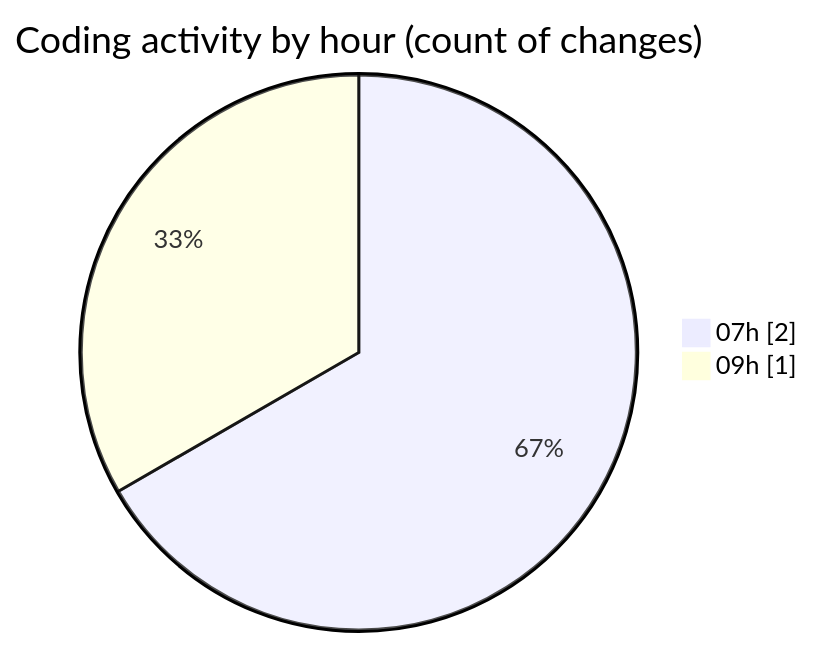
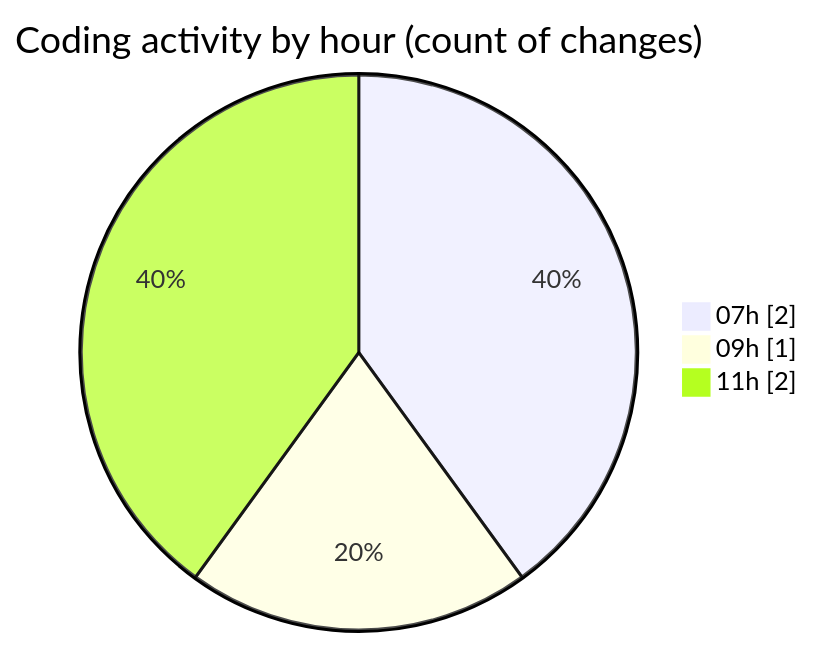
The second of 2 diagrams in 2025-02-24/konsole/README.md (charlie-sans/code-tracking), drawn with Mermaid before and after one commit. The commit also changed other lines of this file and 1 other file, not shown here.

````diff
--- a/2025-02-24/konsole/README.md
+++ b/2025-02-24/konsole/README.md
@@ -28,6 +29,7 @@
 ```mermaid
 pie showData
 title Coding activity by hour (count of changes)
 "07h" : 2
 "09h" : 1
+"11h" : 2
 ```
````
